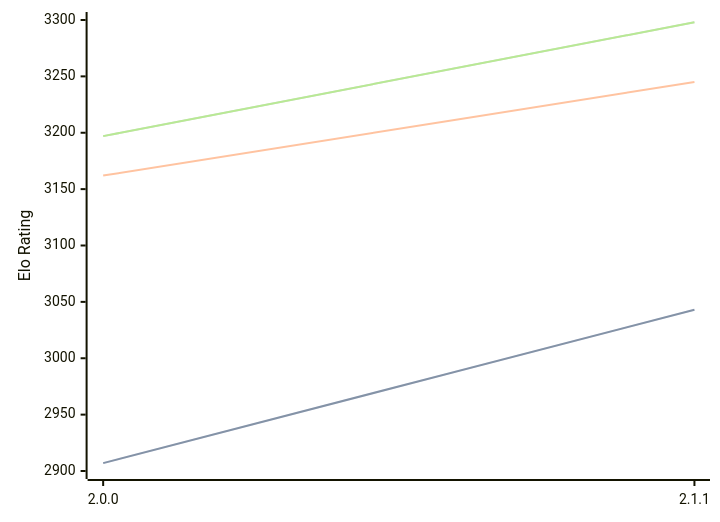
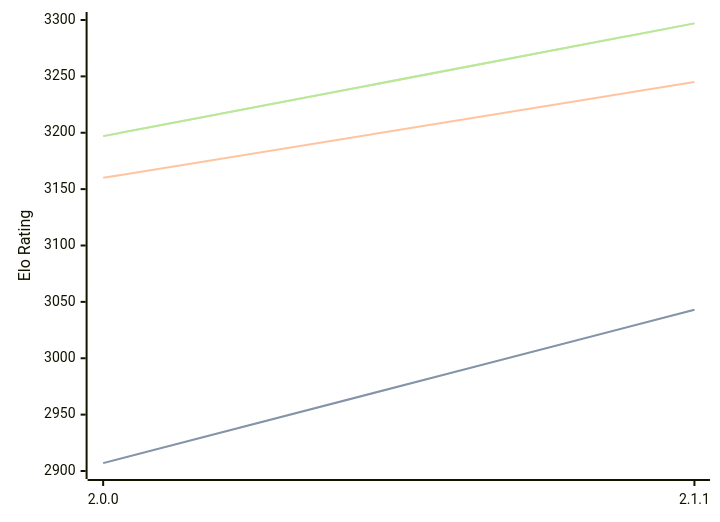
The diagram in engines/Bread.md (computer-chess-index/cci), drawn with Mermaid before and after one commit. The commit also changed other lines of this file, not shown here.

Commit message:
Update CCI Ratings (ELO VLTC) - 2026-03-06

````diff
--- a/engines/Bread.md
+++ b/engines/Bread.md
@@ -48,11 +48,11 @@
 ```mermaid
 %%{init: {"theme":"base","themeVariables":{"seriesColors:['#a3a3a3','#222221','#faa371']}}}%%
 xychart-beta
   x-axis ["2.0.0", "2.1.1"]
   y-axis "Elo Rating" 2900 --> 3300
   line "STC (8.0+0.08s)" [2907, 3043]
   line "STC (8.0+0.08s)" [2907, 3043]
-  line "LTC (60.0+0.60s)" [3162, 3245]
-  line "VLTC (2m24s+1.12s)" [3197, 3298]
-  line "VLTC (2m24s+1.12s)" [3197, 3298]
+  line "LTC (60.0+0.60s)" [3160, 3245]
+  line "VLTC (2m24s+1.12s)" [3197, 3297]
+  line "VLTC (2m24s+1.12s)" [3197, 3297]
 ```
````
